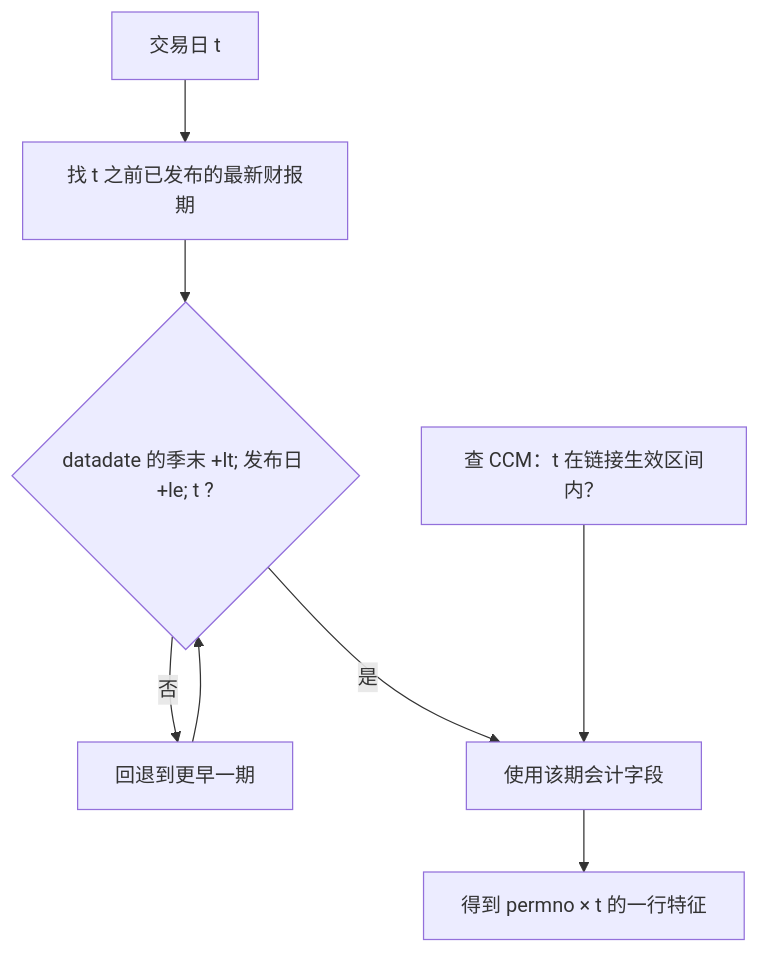
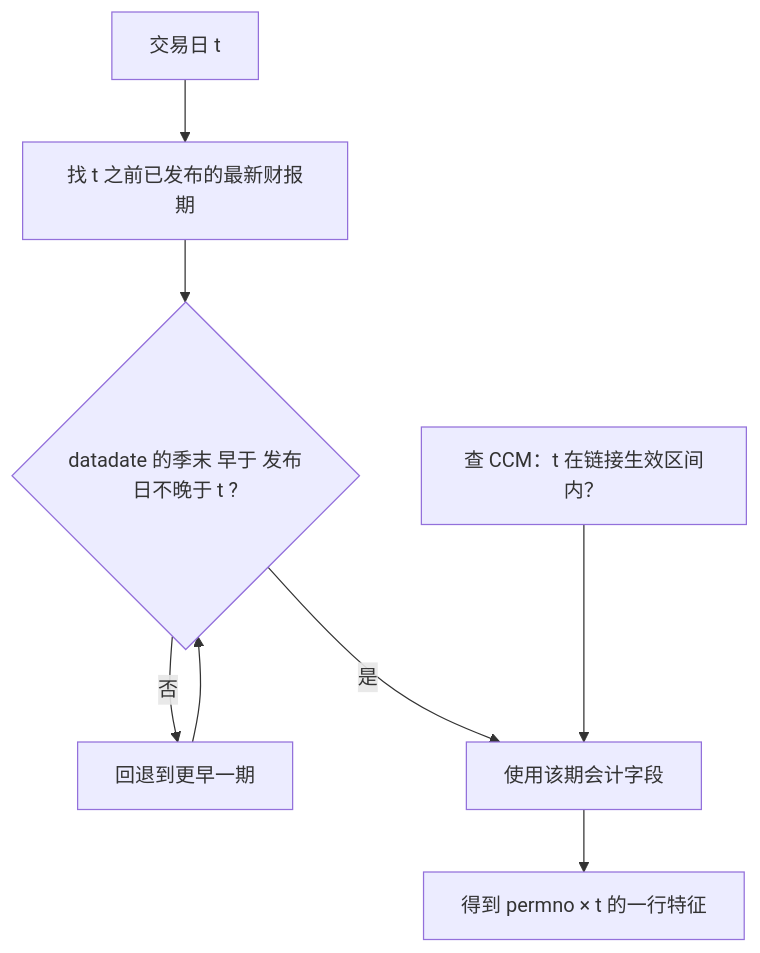
The first of 2 diagrams in docs/quant/crsp-compustat.md (xhongduo-tech/xhongduo-tech.github.io), drawn with Mermaid before and after one commit. The commit also changed 3 other files, not shown here.

Commit message:
Content review quant-095: fix Kyle depth direction, mark-price mermaid corruption, Hasbrouck 1993 venue; repair crsp-compustat corrupted comparison.

````diff
--- a/docs/quant/crsp-compustat.md
+++ b/docs/quant/crsp-compustat.md
@@ -32,10 +32,10 @@
 ```mermaid
 flowchart TD
   T["交易日 t"] --> Q["找 t 之前已发布的最新财报期"]
-  Q --> Check{"datadate 的季末 +lt; 发布日 +le; t ?"}
+  Q --> Check{"datadate 的季末 早于 发布日不晚于 t ?"}
   Check -- "否" --> Older["回退到更早一期"]
   Older --> Check
   Check -- "是" --> Use["使用该期会计字段"]
   L["查 CCM：t 在链接生效区间内？"] --> Use
   Use --> Row["得到 permno × t 的一行特征"]
 ```
````
